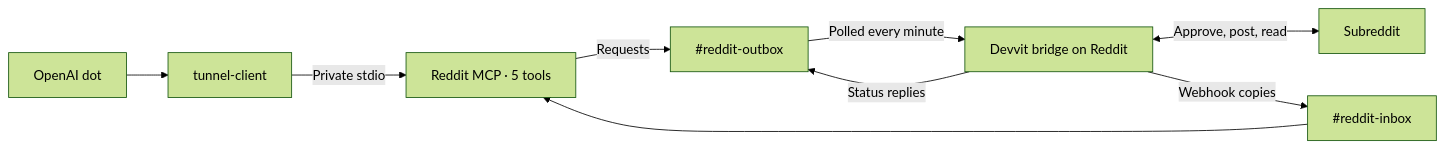
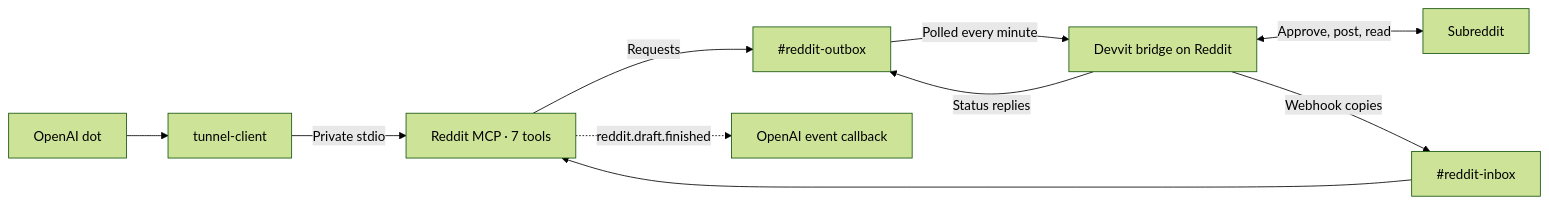
One commit to rokrokss/apps-of-dots changed the second of 2 diagrams in core/docs/architecture.md. Above: the diagram before and after it, drawn with Mermaid (forest theme). The commit also changed other lines of this file and 7 other files, not shown here.

First line of the commit message:
Document Reddit's MCP Event

````diff
--- a/core/docs/architecture.md
+++ b/core/docs/architecture.md
@@ -70,11 +70,12 @@
 ```mermaid
 flowchart LR
     Dot[OpenAI dot] --> Tunnel[tunnel-client]
-    Tunnel -->|Private stdio| MCP[Reddit MCP · 5 tools]
+    Tunnel -->|Private stdio| MCP[Reddit MCP · 7 tools]
     MCP -->|Requests| Outbox["#reddit-outbox"]
     Outbox -->|Polled every minute| Bridge[Devvit bridge on Reddit]
     Bridge -->|Status replies| Outbox
     Bridge <-->|Approve, post, read| Subreddit[Subreddit]
     Bridge -->|Webhook copies| Inbox["#reddit-inbox"]
     Inbox --> MCP
+    MCP -.->|reddit.draft.finished| Callback[OpenAI event callback]
 ```
````
